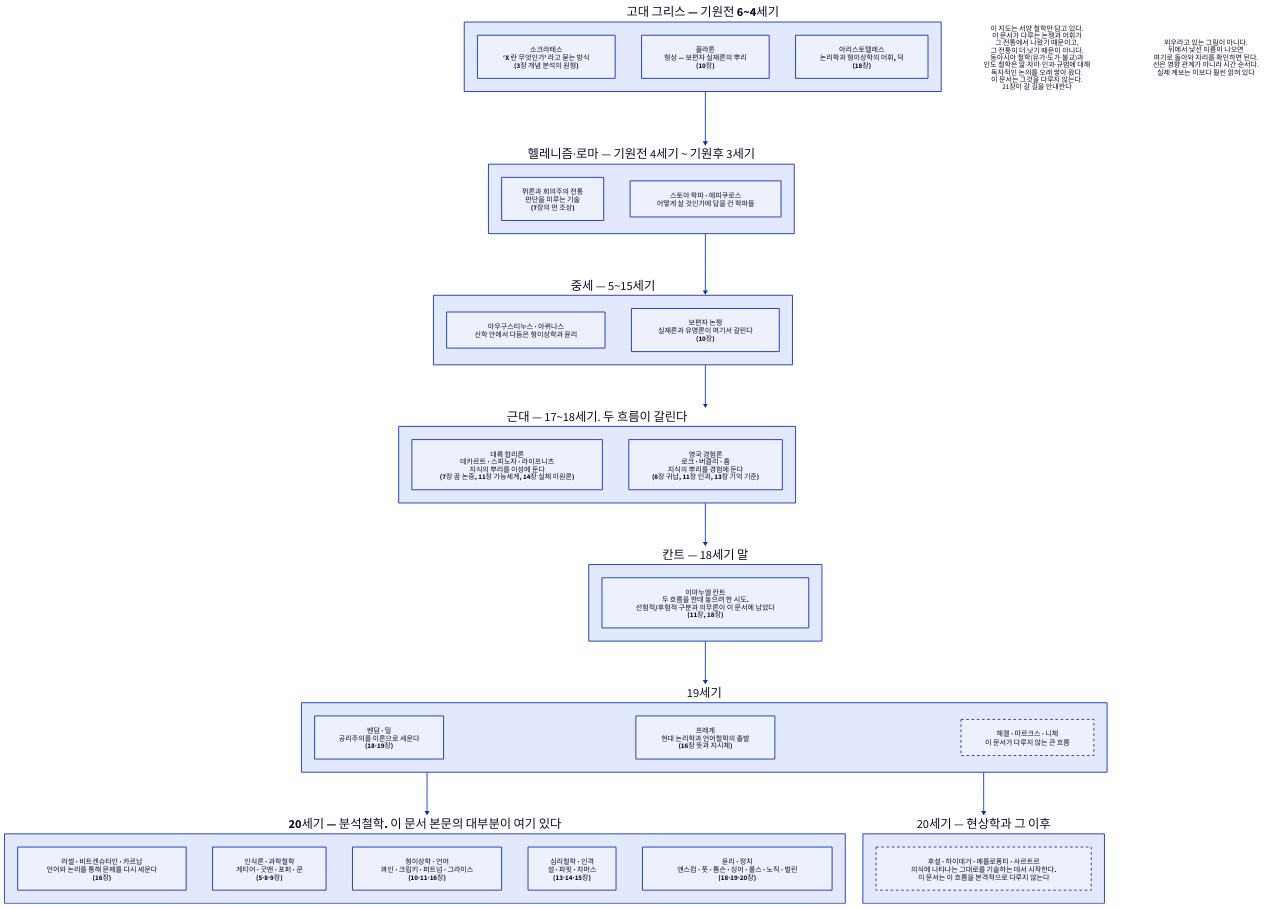
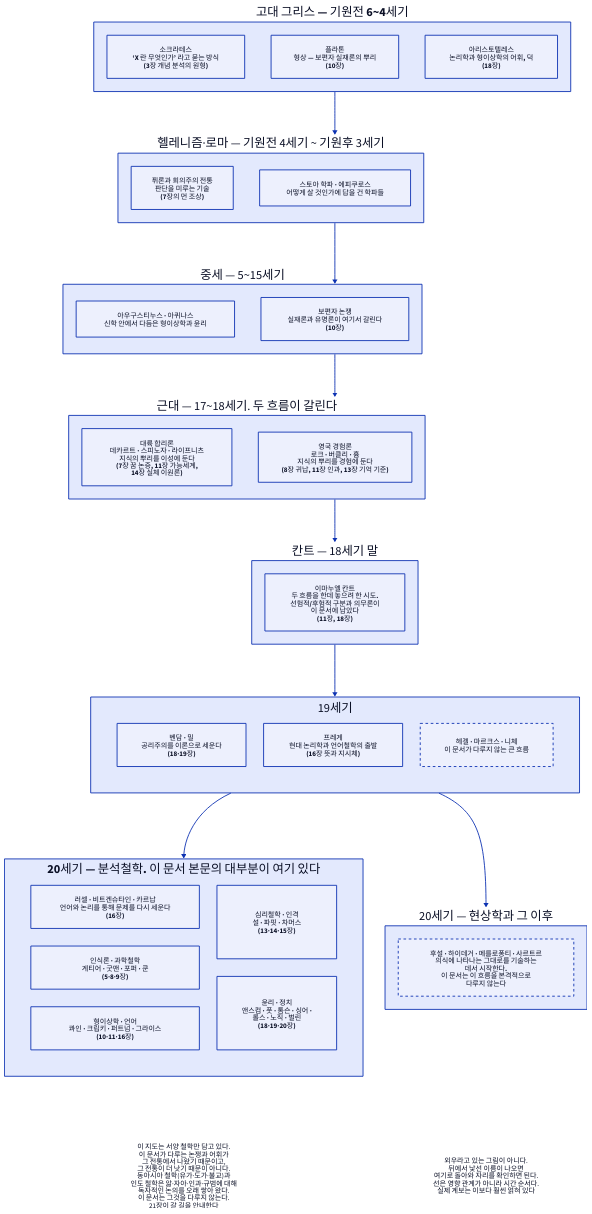
One commit to Dong-gi/Dong-gi.github.io changed the diagram in d2/philosophy/phi-m-eras.d2. Above: the diagram before and after it, drawn with D2. The commit also changed 180 other files, not shown here.

```diff
--- a/d2/philosophy/phi-m-eras.d2
+++ b/d2/philosophy/phi-m-eras.d2
@@ -1,81 +1,85 @@
 # 시대 지도 — 철학 3장.
 #
 # 무엇을 읽어야 하나: 이 문서에 나오는 사람들이 어느 시대 어느 자리에 있는지.
 # 이 문서는 철학사를 다루지 않으므로 이 그림 하나가 독자의 유일한 방향 감각이다.
 # 괄호 안의 숫자는 그 사람이 주로 나오는 장이다.
 direction: down
 
 고대: {
   label: "고대 그리스 — 기원전 6~4세기"
   direction: right
   style.bold: true
   소크라테스: { label: "소크라테스\n‘X 란 무엇인가’ 라고 묻는 방식\n(3장 개념 분석의 원형)" }
   플라톤: { label: "플라톤\n형상 — 보편자 실재론의 뿌리\n(10장)" }
   아리스토텔레스: { label: "아리스토텔레스\n논리학과 형이상학의 어휘, 덕\n(18장)" }
 }
 
 헬레니즘: {
   label: "헬레니즘·로마 — 기원전 4세기 ~ 기원후 3세기"
   direction: right
   퓌론: { label: "퓌론과 회의주의 전통\n판단을 미루는 기술\n(7장의 먼 조상)" }
   스토아: { label: "스토아 학파 · 에피쿠로스\n어떻게 살 것인가에 답을 건 학파들" }
 }
 
 중세: {
   label: "중세 — 5~15세기"
   direction: right
   아우구스티누스: { label: "아우구스티누스 · 아퀴나스\n신학 안에서 다듬은 형이상학과 윤리" }
   보편자논쟁: { label: "보편자 논쟁\n실재론과 유명론이 여기서 갈린다\n(10장)" }
 }
 
 근대: {
   label: "근대 — 17~18세기. 두 흐름이 갈린다"
   direction: right
-  합리론: { label: "대륙 합리론\n데카르트 · 스피노자 · 라이프니츠\n지식의 뿌리를 이성에 둔다\n(7장 꿈 논증, 11장 가능세계, 14장 실체 이원론)" }
+  합리론: { label: "대륙 합리론\n데카르트 · 스피노자 · 라이프니츠\n지식의 뿌리를 이성에 둔다\n(7장 꿈 논증, 11장 가능세계,\n14장 실체 이원론)" }
   경험론: { label: "영국 경험론\n로크 · 버클리 · 흄\n지식의 뿌리를 경험에 둔다\n(8장 귀납, 11장 인과, 13장 기억 기준)" }
 }
 
 칸트: {
   label: "칸트 — 18세기 말"
   direction: right
-  선험: { label: "이마누엘 칸트\n두 흐름을 한데 놓으려 한 시도.\n선험적/후험적 구분과 의무론이 이 문서에 남았다\n(11장, 18장)" }
+  선험: { label: "이마누엘 칸트\n두 흐름을 한데 놓으려 한 시도.\n선험적/후험적 구분과 의무론이\n이 문서에 남았다\n(11장, 18장)" }
 }
 
 십구세기: {
   label: "19세기"
-  direction: right
+  grid-columns: 3
   공리주의: { label: "벤담 · 밀\n공리주의를 이론으로 세운다\n(18·19장)" }
   프레게: { label: "프레게\n현대 논리학과 언어철학의 출발\n(16장 뜻과 지시체)" }
   대륙: { label: "헤겔 · 마르크스 · 니체\n이 문서가 다루지 않는 큰 흐름"; style.stroke-dash: 3 }
 }
 
 이십세기: {
   label: "20세기 — 분석철학. 이 문서 본문의 대부분이 여기 있다"
-  direction: right
+  grid-columns: 2
   style.bold: true
   출발: { label: "러셀 · 비트겐슈타인 · 카르납\n언어와 논리를 통해 문제를 다시 세운다\n(16장)" }
   인식: { label: "인식론 · 과학철학\n게티어 · 굿맨 · 포퍼 · 쿤\n(5·8·9장)" }
   형이상: { label: "형이상학 · 언어\n콰인 · 크립키 · 퍼트넘 · 그라이스\n(10·11·16장)" }
   마음: { label: "심리철학 · 인격\n설 · 파핏 · 차머스\n(13·14·15장)" }
-  윤리: { label: "윤리 · 정치\n앤스컴 · 풋 · 톰슨 · 싱어 · 롤스 · 노직 · 벌린\n(18·19·20장)" }
+  윤리: { label: "윤리 · 정치\n앤스컴 · 풋 · 톰슨 · 싱어 ·\n롤스 · 노직 · 벌린\n(18·19·20장)" }
 }
 
 현상학: {
   label: "20세기 — 현상학과 그 이후"
   direction: right
-  후설: { label: "후설 · 하이데거 · 메를로퐁티 · 사르트르\n의식에 나타나는 그대로를 기술하는 데서 시작한다.\n이 문서는 이 흐름을 본격적으로 다루지 않는다"; style.stroke-dash: 3 }
+  후설: { label: "후설 · 하이데거 · 메를로퐁티 · 사르트르\n의식에 나타나는 그대로를 기술하는\n데서 시작한다.\n이 문서는 이 흐름을 본격적으로\n다루지 않는다"; style.stroke-dash: 3 }
 }
 
 고대 -> 헬레니즘 -> 중세 -> 근대 -> 칸트 -> 십구세기
 십구세기 -> 이십세기
 십구세기 -> 현상학
 
 범위: {
   label: "이 지도는 서양 철학만 담고 있다.\n이 문서가 다루는 논쟁과 어휘가\n그 전통에서 나왔기 때문이고,\n그 전통이 더 낫기 때문이 아니다.\n동아시아 철학(유가·도가·불교)과\n인도 철학은 앎·자아·인과·규범에 대해\n독자적인 논의를 오래 쌓아 왔다.\n이 문서는 그것을 다루지 않는다.\n21장이 갈 길을 안내한다"
   shape: text
 }
 
 쓰는법: {
   label: "외우라고 있는 그림이 아니다.\n뒤에서 낯선 이름이 나오면\n여기로 돌아와 자리를 확인하면 된다.\n선은 영향 관계가 아니라 시간 순서다.\n실제 계보는 이보다 훨씬 얽혀 있다"
   shape: text
 }
+
+# 배치용 — 보이지 않는 선. 두 메모를 맨 아래에 둔다.
+이십세기 -> 범위: { style.opacity: 0 }
+현상학 -> 쓰는법: { style.opacity: 0 }
```
